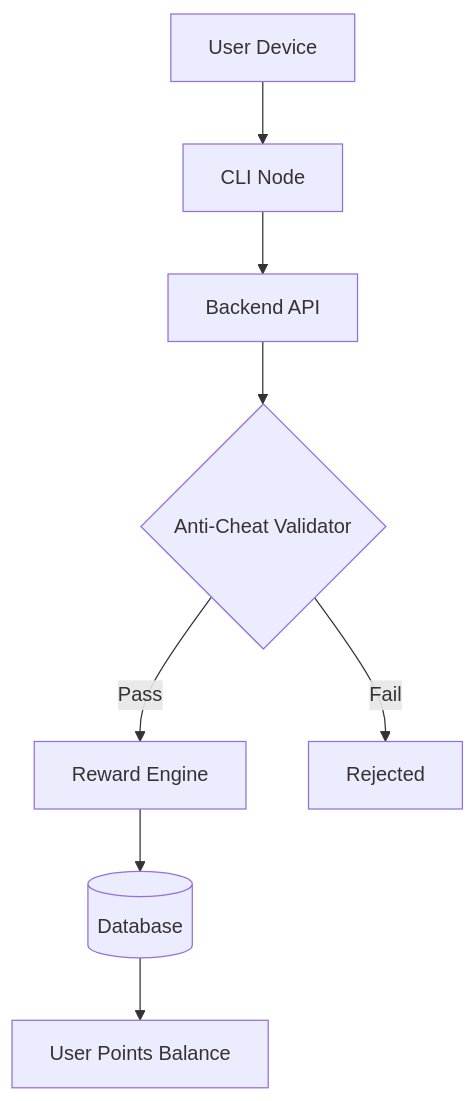
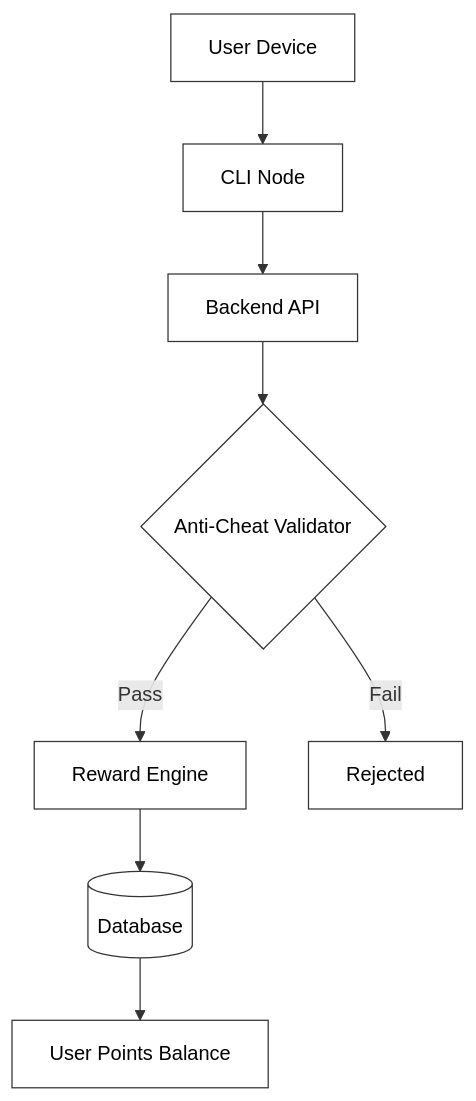
The first of 2 diagrams in how-it-works.md (Nexora-Node/Docs), drawn with Mermaid before and after one commit. The commit also changed other lines of this file and 5 other files, not shown here.

Commit message:
docs: set all diagram nodes to white fill with border only

````diff
--- a/how-it-works.md
+++ b/how-it-works.md
@@ -7,10 +7,19 @@
 ```mermaid
 graph TD
     A[User Device] --> B[CLI Node]
     B --> C[Backend API]
     C --> D{Anti-Cheat Validator}
     D -->|Pass| E[Reward Engine]
     D -->|Fail| F[Rejected]
     E --> G[(Database)]
     G --> H[User Points Balance]
+
+    style A fill:#fff,stroke:#333,color:#000
+    style B fill:#fff,stroke:#333,color:#000
+    style C fill:#fff,stroke:#333,color:#000
+    style D fill:#fff,stroke:#333,color:#000
+    style E fill:#fff,stroke:#333,color:#000
+    style F fill:#fff,stroke:#333,color:#000
+    style G fill:#fff,stroke:#333,color:#000
+    style H fill:#fff,stroke:#333,color:#000
 ```
````
